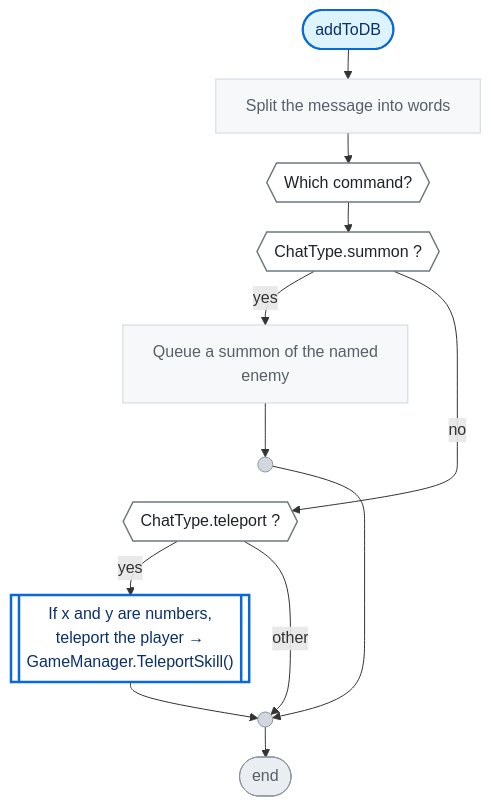
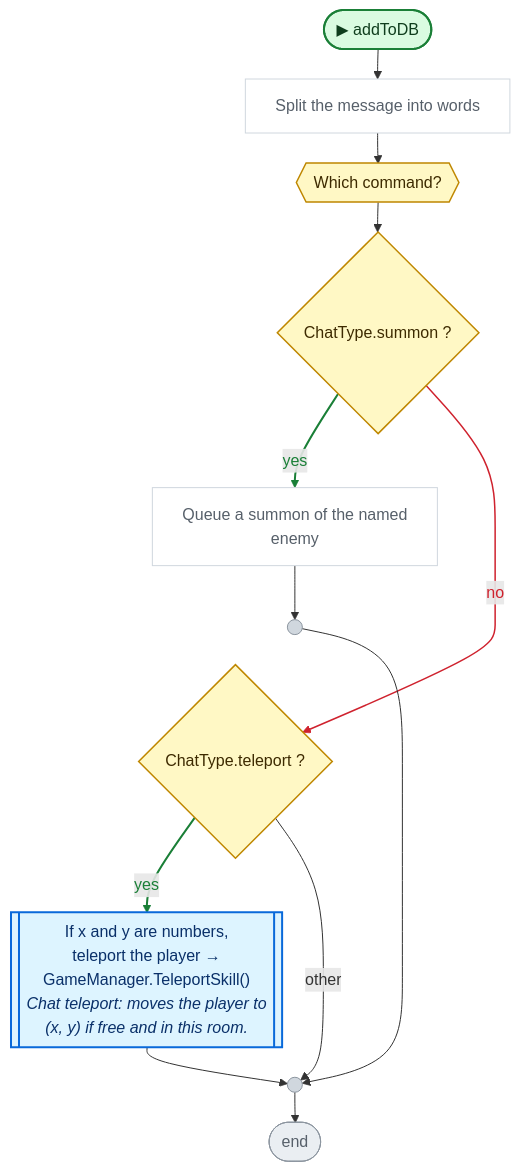
The third of 3 diagrams in CodeGraph~/graph/Connector/Chat.cs.md (nataiai/Lord-of-the-Dungeon), drawn with Mermaid before and after one commit. The commit also changed other lines of this file and 44 other files, not shown here.

````diff
--- a/CodeGraph~/graph/Connector/Chat.cs.md
+++ b/CodeGraph~/graph/Connector/Chat.cs.md
@@ -100,48 +105,55 @@
 ```mermaid
 ---
 config:
   flowchart:
     wrappingWidth: 260
     nodeSpacing: 26
     rankSpacing: 30
 ---
 flowchart TD
-  nS(["addToDB"])
+  nS(["▶ addToDB"])
   n119429["Split the message into words"]
   na6f1b7{{"Which command?"}}
-  n08d315{{"ChatType.summon ?"}}
+  n08d315{"ChatType.summon ?"}
   n9fa4bc["Queue a summon of the named<br>enemy"]
   n73e618((" "))
-  nd764ab{{"ChatType.teleport ?"}}
-  n4ca3f6[["If x and y are numbers,<br>teleport the player →<br>GameManager.TeleportSkill()"]]
+  nd764ab{"ChatType.teleport ?"}
+  n4ca3f6[["If x and y are numbers,<br>teleport the player →<br>GameManager.TeleportSkill()<br><i>Chat teleport: moves the player to</i><br><i>(x, y) if free and in this room.</i>"]]
   n14d573((" "))
   nE(["end"])
   nS --> n119429
   n119429 --> na6f1b7
   na6f1b7 --> n08d315
   n08d315 -->|yes| n9fa4bc
   n9fa4bc --> n73e618
   n73e618 ~~~ nd764ab
   n08d315 -->|no| nd764ab
   nd764ab -->|yes| n4ca3f6
   n4ca3f6 --> n14d573
   n73e618 --> n14d573
   nd764ab -->|other| n14d573
   n14d573 --> nE
-  classDef unity fill:#fff1c2,stroke:#9a6700,stroke-width:2px,color:#3b2300
-  classDef start fill:#ddf4ff,stroke:#0969da,stroke-width:2px,color:#0a3069
-  classDef calc fill:#f6f8fa,stroke:#d0d7de,color:#57606a
-  classDef calls fill:#ffffff,stroke:#0969da,stroke-width:2.5px,color:#0a3069
-  classDef cond fill:#ffffff,stroke:#6e7781,stroke-width:1.5px,color:#1f2328
-  classDef loop fill:#fbefff,stroke:#8250df,color:#3e1f79
-  classDef exit fill:#eaeef2,stroke:#57606a,color:#24292f
-  classDef wait fill:#fff8f0,stroke:#bc4c00,color:#4d1d00
+  linkStyle 3 stroke:#1a7f37,stroke-width:2px,color:#1a7f37
+  linkStyle 6 stroke:#cf222e,stroke-width:1.5px,color:#cf222e
+  linkStyle 7 stroke:#1a7f37,stroke-width:2px,color:#1a7f37
+  classDef unity fill:#dafbe1,stroke:#1a7f37,stroke-width:2px,color:#0f3d1d
+  classDef start fill:#dafbe1,stroke:#1a7f37,stroke-width:2px,color:#0f3d1d
+  classDef calc fill:#ffffff,stroke:#d0d7de,color:#57606a
+  classDef calls fill:#ddf4ff,stroke:#0969da,stroke-width:2px,color:#0a3069
+  classDef ext fill:#ddf4ff,stroke:#0969da,stroke-width:2px,stroke-dasharray:5 3,color:#0a3069
+  classDef cond fill:#fff8c5,stroke:#bf8700,stroke-width:1.5px,color:#3d2a00
+  classDef loop fill:#f6f8fa,stroke:#57606a,color:#1f2328
+  classDef exit fill:#ffebe9,stroke:#cf222e,color:#82071e
+  classDef kill fill:#ffebe9,stroke:#cf222e,stroke-width:2px,color:#82071e
+  classDef spawn fill:#dafbe1,stroke:#1a7f37,stroke-width:2px,color:#0f3d1d
+  classDef wait fill:#fff1e5,stroke:#bc4c00,color:#4d1d00
   classDef fin fill:#eaeef2,stroke:#8c959f,color:#57606a
   classDef join fill:#d0d7de,stroke:#8c959f,color:#57606a
+  classDef ghdr fill:#f5f9ff,stroke:#f5f9ff,color:#0a3069,font-weight:bold
   class n119429,n9fa4bc calc
   class n4ca3f6 calls
   class na6f1b7,n08d315,nd764ab cond
   class nE fin
   class n73e618,n14d573 join
   class nS start
 ```
````
